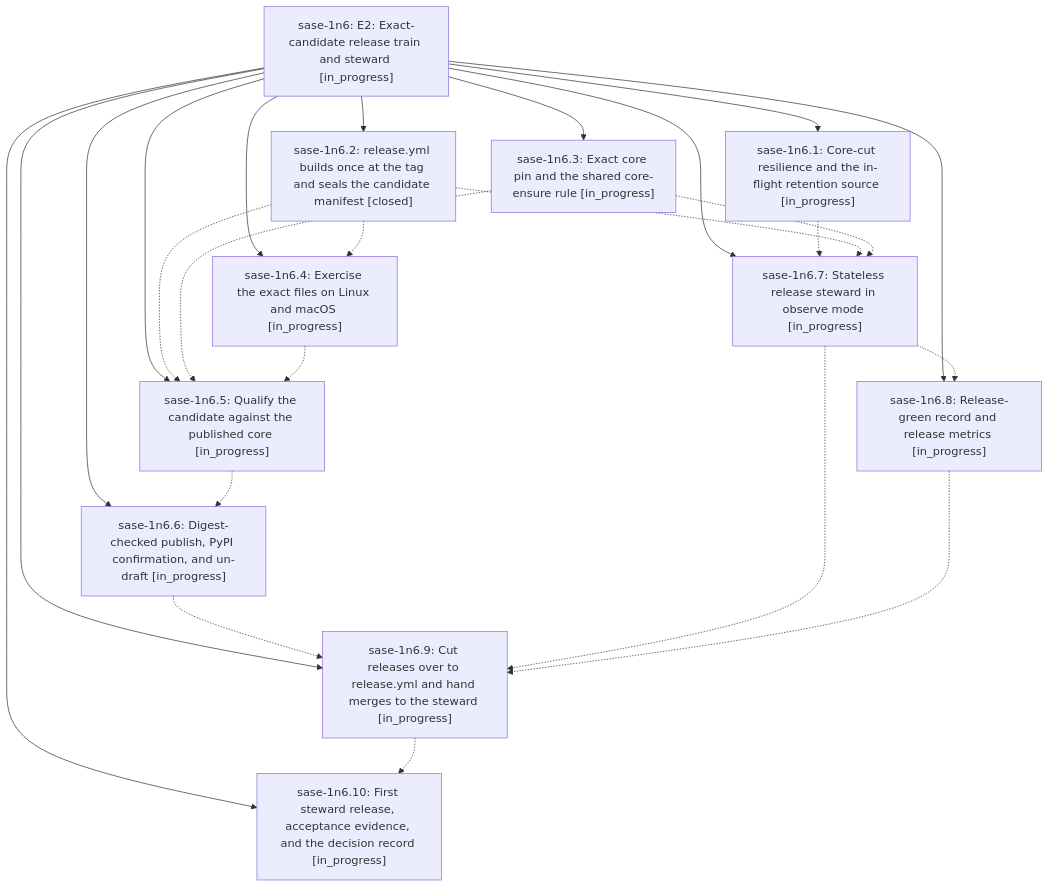
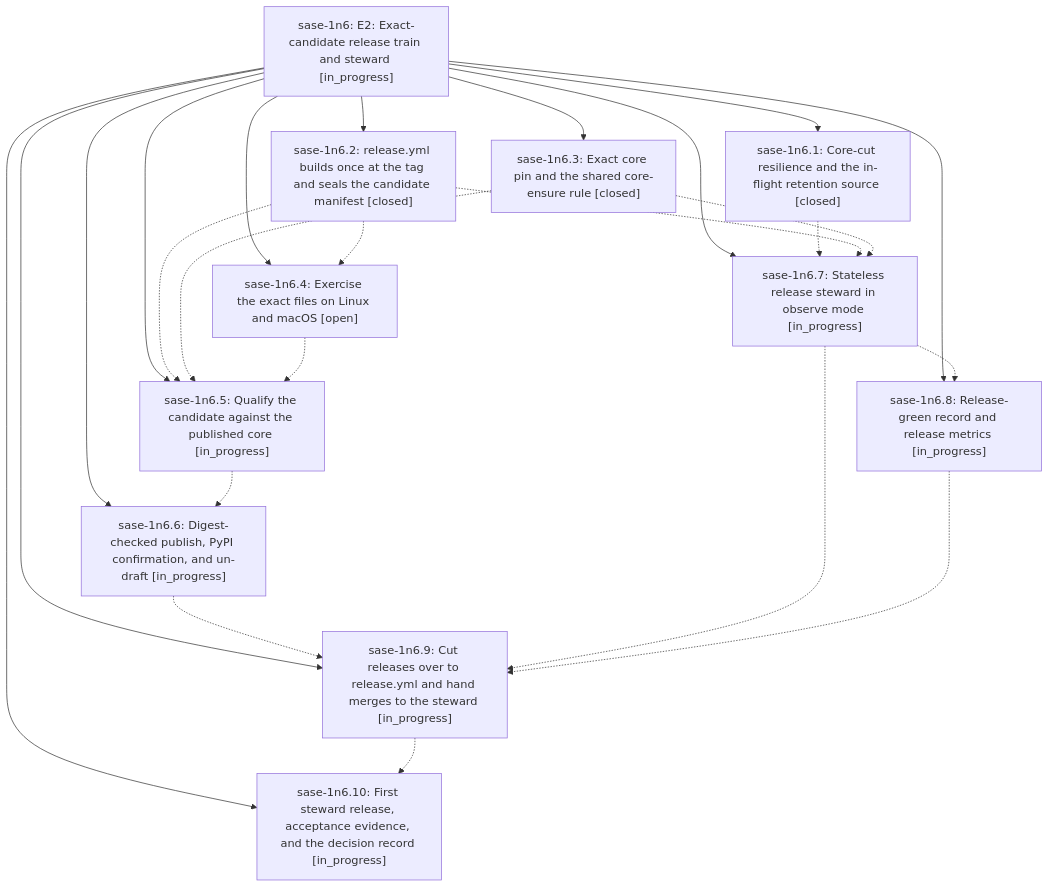
One commit to sase-org/sase--beads changed the diagram in pages/sase-1n6/README.md. Above: the diagram before and after it, drawn with Mermaid. The commit also changed other lines of this file and 6 other files, not shown here.

````diff
--- a/pages/sase-1n6/README.md
+++ b/pages/sase-1n6/README.md
@@ -43,37 +43,37 @@
 ```mermaid
 flowchart TD
     n0["sase-1n6: E2: Exact-candidate release train and steward [in_progress]"]
-    n1["sase-1n6.1: Core-cut resilience and the in-flight retention source [in_progress]"]
+    n1["sase-1n6.1: Core-cut resilience and the in-flight retention source [closed]"]
     n2["sase-1n6.10: First steward release, acceptance evidence, and the decision record [in_progress]"]
     n3["sase-1n6.2: release.yml builds once at the tag and seals the candidate manifest [closed]"]
-    n4["sase-1n6.3: Exact core pin and the shared core-ensure rule [in_progress]"]
-    n5["sase-1n6.4: Exercise the exact files on Linux and macOS [in_progress]"]
+    n4["sase-1n6.3: Exact core pin and the shared core-ensure rule [closed]"]
+    n5["sase-1n6.4: Exercise the exact files on Linux and macOS [open]"]
     n6["sase-1n6.5: Qualify the candidate against the published core [in_progress]"]
     n7["sase-1n6.6: Digest-checked publish, PyPI confirmation, and un-draft [in_progress]"]
     n8["sase-1n6.7: Stateless release steward in observe mode [in_progress]"]
     n9["sase-1n6.8: Release-green record and release metrics [in_progress]"]
     n10["sase-1n6.9: Cut releases over to release.yml and hand merges to the steward [in_progress]"]
     n0 --> n1
     n0 --> n2
     n0 --> n3
     n0 --> n4
     n0 --> n5
     n0 --> n6
     n0 --> n7
     n0 --> n8
     n0 --> n9
     n0 --> n10
     n1 -.-> n8
     n3 -.-> n5
     n3 -.-> n6
     n3 -.-> n8
     n4 -.-> n6
     n4 -.-> n8
     n5 -.-> n6
     n6 -.-> n7
     n7 -.-> n10
     n8 -.-> n9
     n8 -.-> n10
     n9 -.-> n10
     n10 -.-> n2
 ```
````
